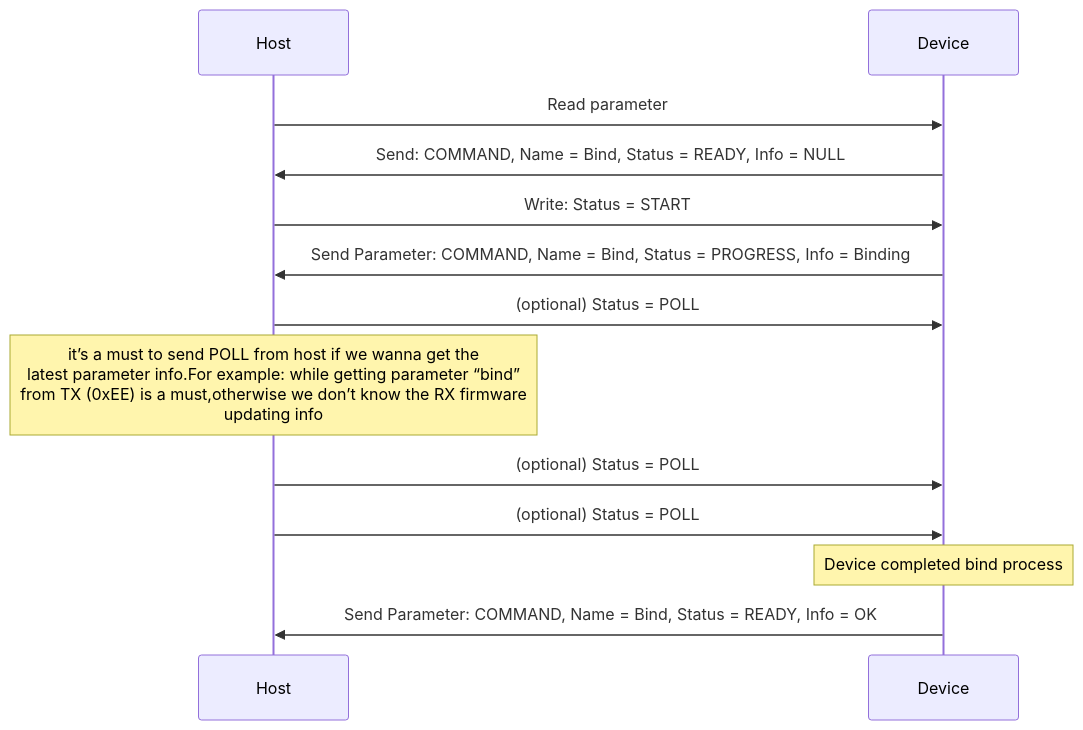
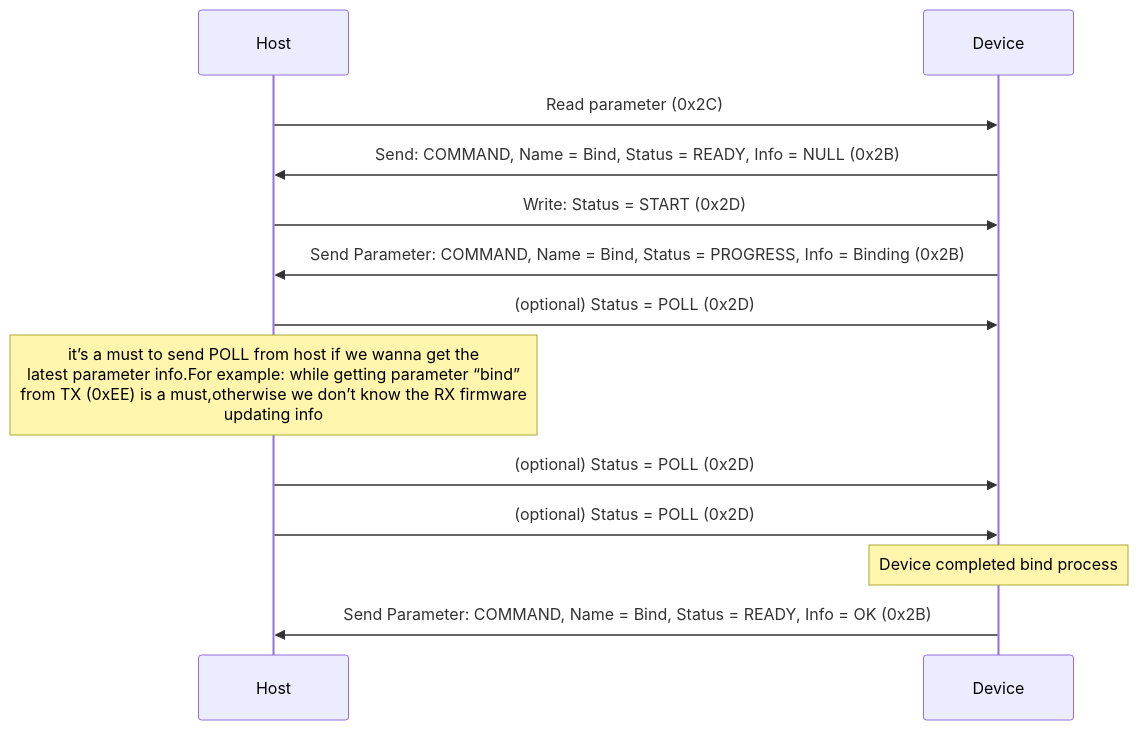
Before and after one commit to tbs-fpv/tbs-crsf-spec: the fourth of 7 diagrams in crsf.md, drawn with Mermaid. The commit also changed other lines of this file, not shown here.

Commit message:
0x2B: clarify read/write interaction

````diff
--- a/crsf.md
+++ b/crsf.md
@@ -787,16 +787,16 @@
 ```mermaid
 sequenceDiagram
 
-    Host->>Device: Read parameter
-    Device->>Host: Send: COMMAND, Name = Bind, Status = READY, Info = NULL
-    Host->>Device: Write: Status = START
-    Device->>Host: Send Parameter: COMMAND, Name = Bind, Status = PROGRESS, Info = Binding
+    Host->>Device: Read parameter (0x2C)
+    Device->>Host: Send: COMMAND, Name = Bind, Status = READY, Info = NULL (0x2B)
+    Host->>Device: Write: Status = START (0x2D)
+    Device->>Host: Send Parameter: COMMAND, Name = Bind, Status = PROGRESS, Info = Binding (0x2B)
 
-    Host->>Device: (optional) Status = POLL
+    Host->>Device: (optional) Status = POLL (0x2D)
     note over Host: it’s a must to send POLL from host if we wanna get the <br/>latest parameter info.For example: while getting parameter “bind”<br/>from TX (0xEE) is a must,otherwise we don’t know the RX firmware<br/>updating info
-    Host->>Device: (optional) Status = POLL
-    Host->>Device: (optional) Status = POLL
+    Host->>Device: (optional) Status = POLL (0x2D)
+    Host->>Device: (optional) Status = POLL (0x2D)
 
     note over Device: Device completed bind process
-    Device->>Host: Send Parameter: COMMAND, Name = Bind, Status = READY, Info = OK
+    Device->>Host: Send Parameter: COMMAND, Name = Bind, Status = READY, Info = OK (0x2B)
 ```
````
